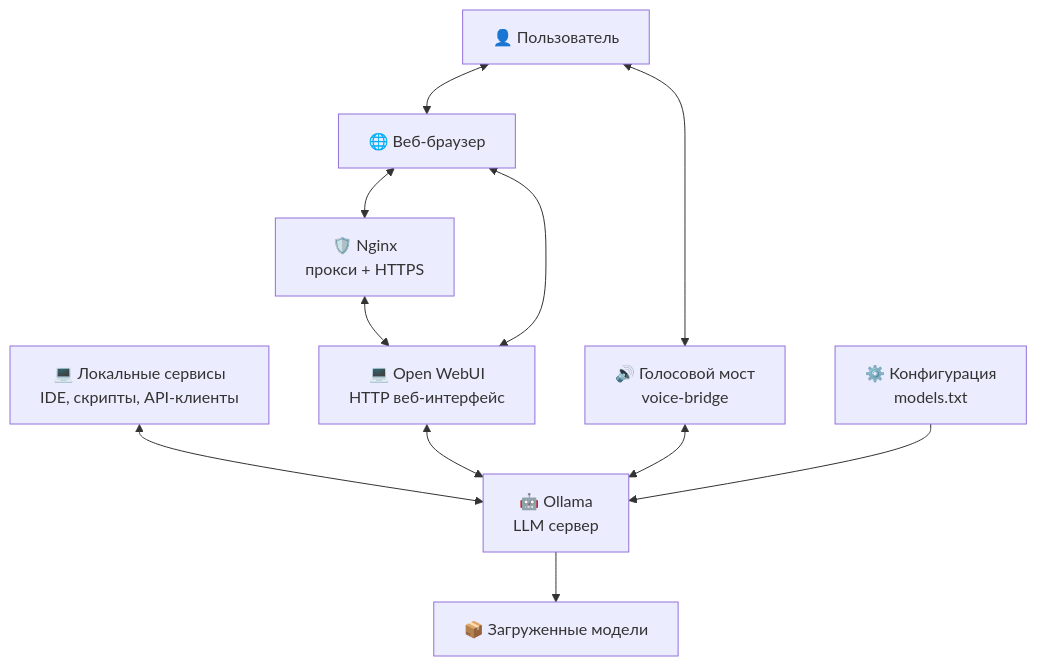
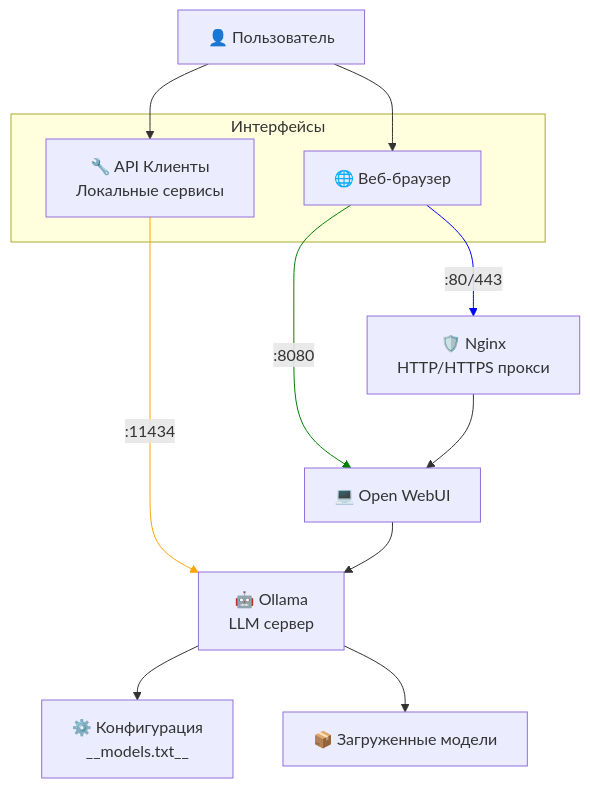
The diagram in README.md (NikitaShubin/SelfHostedAI), drawn with Mermaid before and after one commit. The commit also changed other lines of this file and 7 other files, not shown here.

Commit message:
Удаление voice_bridge за ненадобностью + ряд мелких улучшений

````diff
--- a/README.md
+++ b/README.md
@@ -18,33 +18,52 @@
 ```mermaid
 flowchart TD
+
+    classDef invisibleLine stroke:none,stroke-width:0
+    %% classDef invisible fill:none,stroke:none,width:0,height:0
+
     User["👤 Пользователь"]
 
-    VoiceBridge["🔊 Голосовой мост<br/>voice-bridge"]
-    Browser["🌐 Веб-браузер"]
-    LocalServices["💻 Локальные сервисы<br/>IDE, скрипты, API-клиенты"]
+    subgraph "Интерфейсы"
+        Browser["🌐 Веб-браузер"]
+        APIClients["🔧 API Клиенты<br/>Локальные сервисы"]
+    end
 
-    Nginx["🛡️ Nginx<br/>прокси + HTTPS"]
-    WebUI["💻 Open WebUI<br/> HTTP веб-интерфейс"]
+    Nginx["🛡️ Nginx<br/>HTTP/HTTPS прокси"]
+    WebUI["💻 Open WebUI"]
     Ollama["🤖 Ollama<br/>LLM сервер"]
 
     Models["📦 Загруженные модели"]
-    Config["⚙️ Конфигурация<br/>models.txt"]
+    Config["⚙️ Конфигурация<br/>__models.txt__"]
 
-    %% Основные потоки взаимодействия
-    User <--> VoiceBridge
-    User <--> Browser
-    LocalServices <--> Ollama
+    %% Невидимые узлы для разделения стрелок:
+    %% subgraph " "
+    %%     p1[" "]:::invisible
+    %%     p2[" "]:::invisible
+    %%     p3[" "]:::invisible
+    %% end
 
-    %% Взаимодействие через веб-интерфейс
-    Browser <--> Nginx
-    Nginx <--> WebUI
-    Browser <--> WebUI
-    WebUI <--> Ollama
+    %% Пользовательские связи:
+    User --> Browser
+    User --> APIClients
 
-    %% Взаимодействие голосового моста
-    VoiceBridge <--> Ollama
+    %% Сетевые связи:
+    Browser    -- :80/443 --> Nginx
+    Browser    -- :8080   --> WebUI
+    APIClients -- :11434  --> Ollama
+    
+    %% Добавляем цвета к портам:
+    linkStyle 2 stroke:blue,stroke-width:1px;
+    linkStyle 3 stroke:green,stroke-width:1px;
+    linkStyle 4 stroke:orange,stroke-width:1px;
 
-    %% Данные и конфигурация
-    Config --> Ollama
+    %% Взаимодействие через веб-интерфейс:
+    Nginx --> WebUI
+
+    %% Взаимодействие WebUI с Ollama:
+    WebUI --> Ollama
+
+    %% Данные и конфигурация:
+    Ollama --> Config
     Ollama --> Models
+
 ```
````
